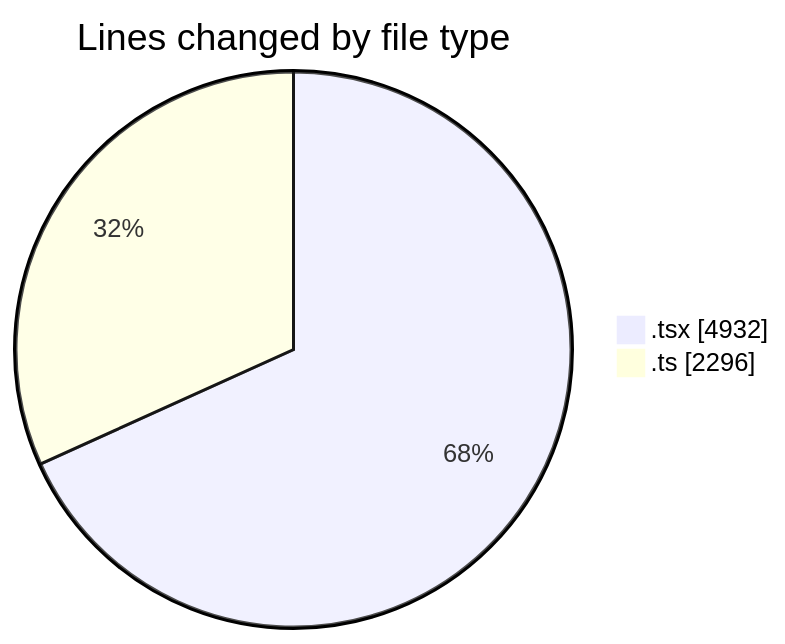
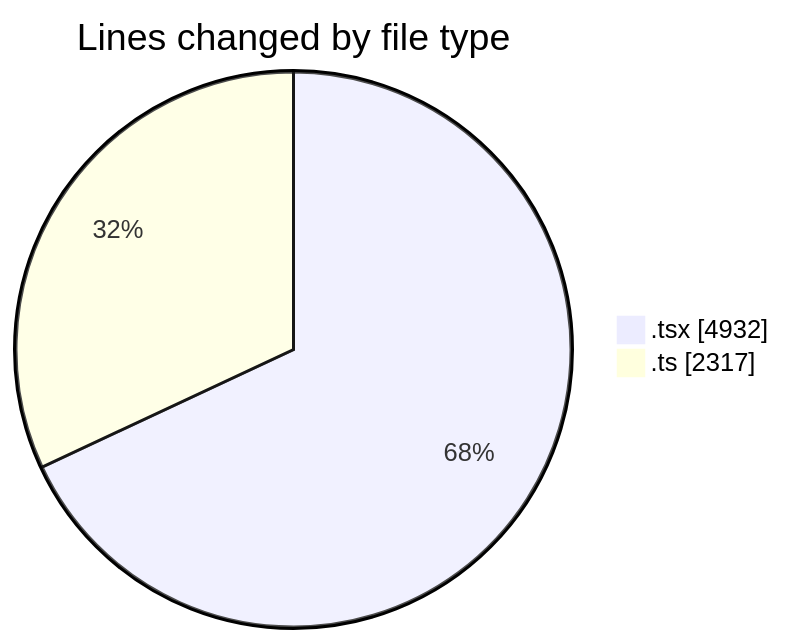
The first of 2 diagrams in 2026-02-26/nxtqube_webapp/README.md (nxtqubesakshisongat/code-tracking), drawn with Mermaid before and after one commit. The commit also changed other lines of this file and 1 other file, not shown here.

````diff
--- a/2026-02-26/nxtqube_webapp/README.md
+++ b/2026-02-26/nxtqube_webapp/README.md
@@ -33,6 +33,6 @@
 ```mermaid
 pie showData
 title Lines changed by file type
 ".tsx" : 4932
-".ts" : 2296
+".ts" : 2317
 ```
````
